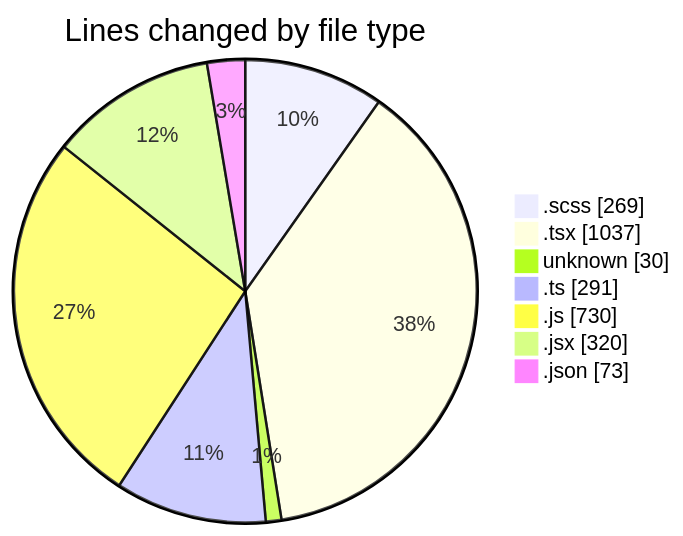
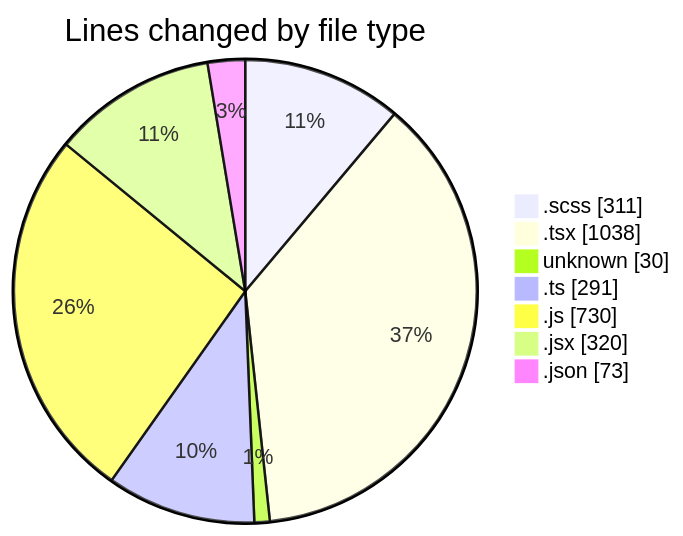
The first of 2 diagrams in 2025-03-05/cda/README.md (momahboobian/code-tracking), drawn with Mermaid before and after one commit. The commit also changed other lines of this file and 1 other file, not shown here.

````diff
--- a/2025-03-05/cda/README.md
+++ b/2025-03-05/cda/README.md
@@ -44,11 +44,11 @@
 ```mermaid
 pie showData
 title Lines changed by file type
-".scss" : 269
-".tsx" : 1037
+".scss" : 311
+".tsx" : 1038
 "unknown" : 30
 ".ts" : 291
 ".js" : 730
 ".jsx" : 320
 ".json" : 73
 ```
````
